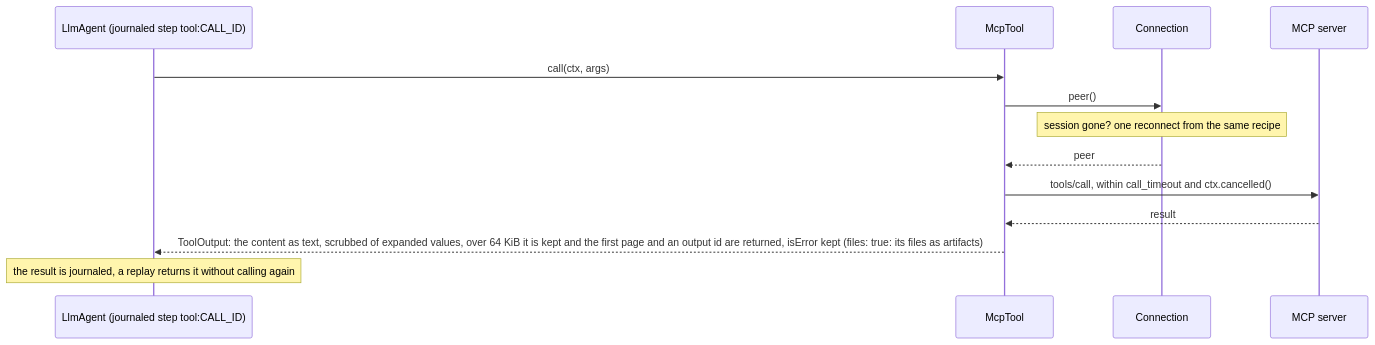
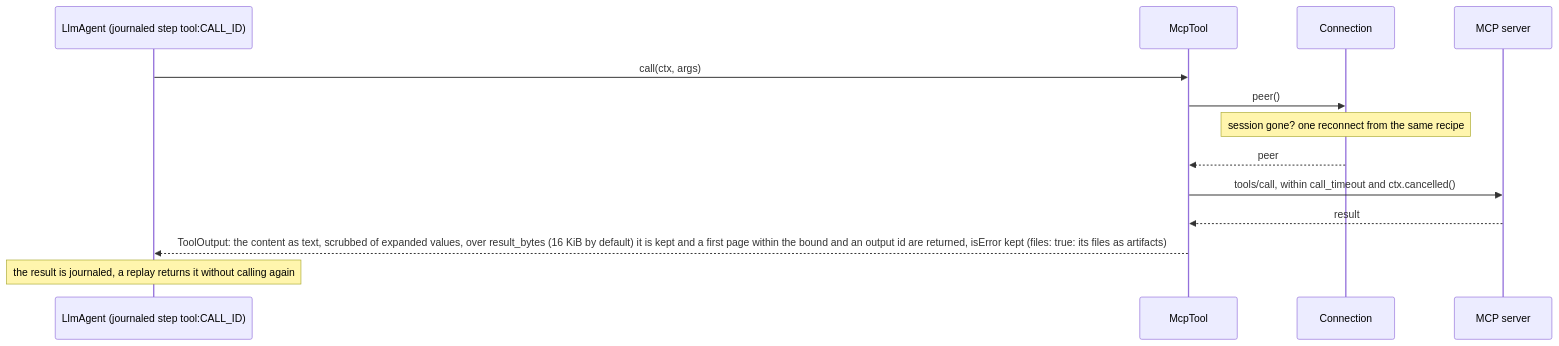
Before and after one commit to vymalo/another-adam-rs: the eighth of 9 diagrams in crates/adam-mcp/README.md, drawn with Mermaid. The commit also changed other lines of this file and 242 other files, not shown here.

First line of the commit message:
feat: training export, model context windows, child sessions, bounded tool output, six language servers (ADRs 0087-0091) (#487)

````diff
--- a/crates/adam-mcp/README.md
+++ b/crates/adam-mcp/README.md
@@ -457,15 +458,15 @@
 ```mermaid
 sequenceDiagram
     participant L as LlmAgent (journaled step tool:CALL_ID)
     participant T as McpTool
     participant C as Connection
     participant S as MCP server
     L->>T: call(ctx, args)
     T->>C: peer()
     Note over C: session gone? one reconnect from the same recipe
     C-->>T: peer
     T->>S: tools/call, within call_timeout and ctx.cancelled()
     S-->>T: result
-    T-->>L: ToolOutput: the content as text, scrubbed of expanded values, over 64 KiB it is kept and the first page and an output id are returned, isError kept (files: true: its files as artifacts)
+    T-->>L: ToolOutput: the content as text, scrubbed of expanded values, over result_bytes (16 KiB by default) it is kept and a first page within the bound and an output id are returned, isError kept (files: true: its files as artifacts)
     Note over L: the result is journaled, a replay returns it without calling again
 ```
````
